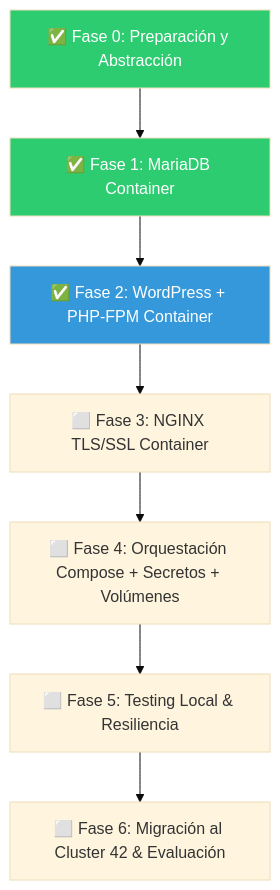
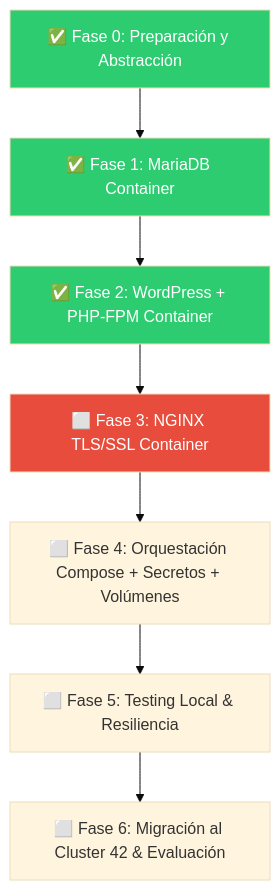
The diagram in ROADMAP.md (higrub89/inception), drawn with Mermaid (base theme) before and after one commit. The commit also changed other lines of this file, not shown here.

Commit message:
docs(roadmap): expand technical detail for phases 0-6

````diff
--- a/ROADMAP.md
+++ b/ROADMAP.md
@@ -20,12 +20,13 @@
 ```mermaid
 graph TD
     M0["✅ Fase 0: Preparación y Abstracción"] --> M1["✅ Fase 1: MariaDB Container"]
     M1 --> M2["✅ Fase 2: WordPress + PHP-FPM Container"]
     M2 --> M3["⬜ Fase 3: NGINX TLS/SSL Container"]
     M3 --> M4["⬜ Fase 4: Orquestación Compose + Secretos + Volúmenes"]
     M4 --> M5["⬜ Fase 5: Testing Local & Resiliencia"]
     M5 --> M6["⬜ Fase 6: Migración al Cluster 42 & Evaluación"]
     style M0 fill:#2ecc71,color:#fff
     style M1 fill:#2ecc71,color:#fff
-    style M2 fill:#3498db,color:#fff
+    style M2 fill:#2ecc71,color:#fff
+    style M3 fill:#e74c3c,color:#fff
 ```
````
